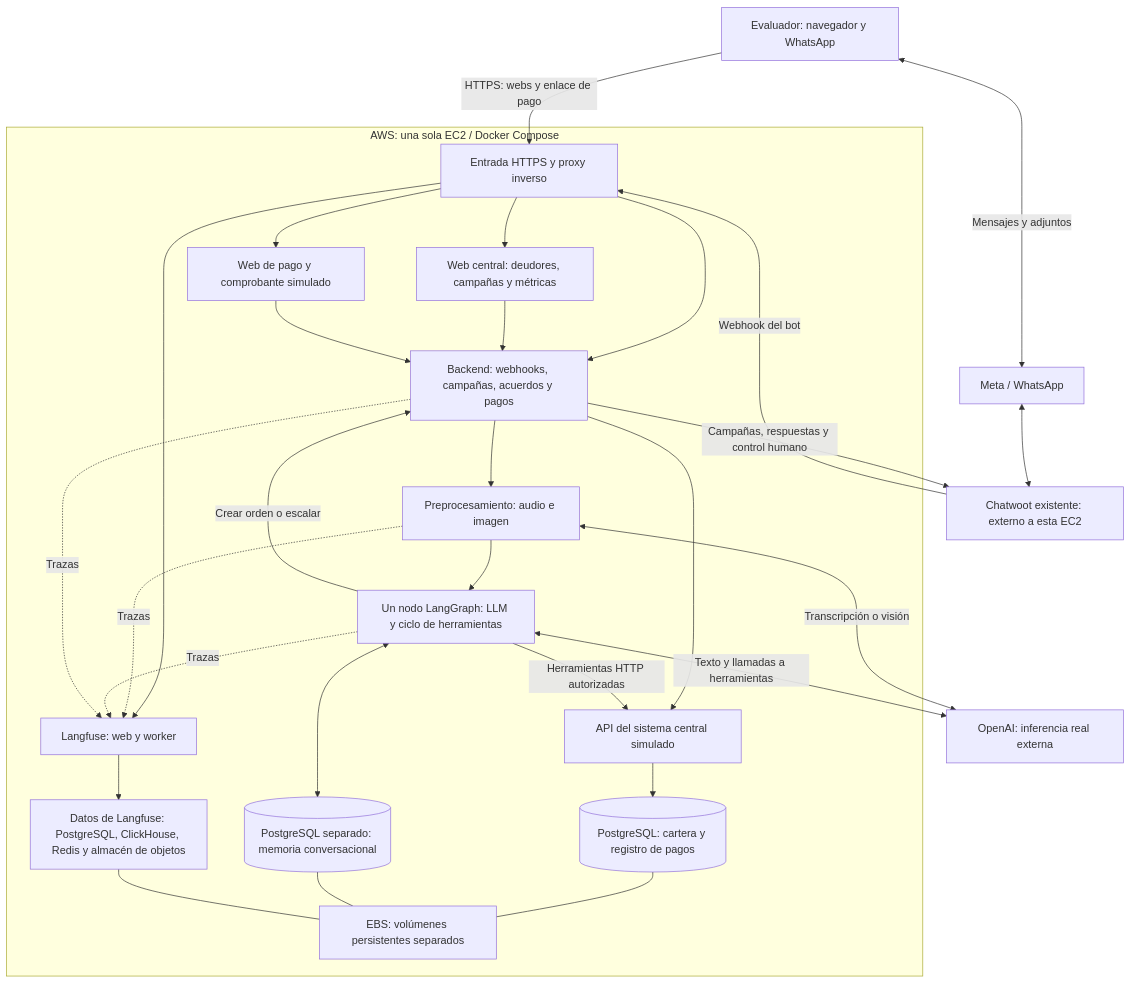
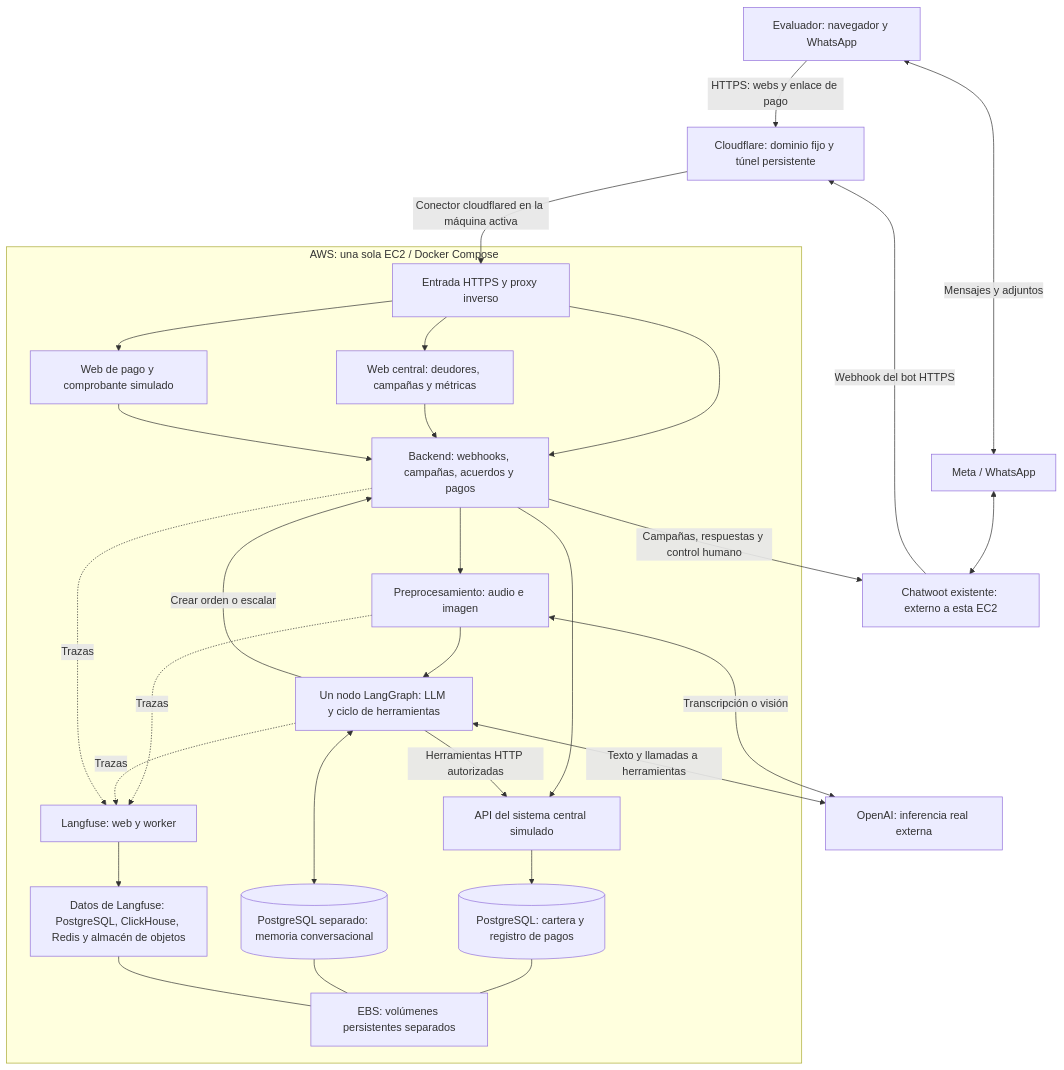
One commit to cristiandrangel/proyecto-agil changed the first of 2 diagrams in specs/arquitectura-inicial.md. Above: the diagram before and after it, drawn with Mermaid. The commit also changed other lines of this file and 6 other files, not shown here.

Commit message:
docs: planifica dominio fijo con Cloudflare Tunnel

````diff
--- a/specs/arquitectura-inicial.md
+++ b/specs/arquitectura-inicial.md
@@ -11,51 +11,52 @@
 ```mermaid
 flowchart TB
     USER["Evaluador: navegador y WhatsApp"]
     META["Meta / WhatsApp"]
     CHAT["Chatwoot existente: externo a esta EC2"]
     LLM["OpenAI: inferencia real externa"]
 
     subgraph HOST["AWS: una sola EC2 / Docker Compose"]
         PROXY["Entrada HTTPS y proxy inverso"]
         WEB["Web central: deudores, campañas y métricas"]
         PAYWEB["Web de pago y comprobante simulado"]
         BACK["Backend: webhooks, campañas, acuerdos y pagos"]
         PRE["Preprocesamiento: audio e imagen"]
         AGENT["Un nodo LangGraph: LLM y ciclo de herramientas"]
         CENTRAL["API del sistema central simulado"]
         DEBT[("PostgreSQL: cartera y registro de pagos")]
         MEMORY[("PostgreSQL separado: memoria conversacional")]
         LF["Langfuse: web y worker"]
         LFSTORE["Datos de Langfuse: PostgreSQL, ClickHouse, Redis y almacén de objetos"]
         DISK["EBS: volúmenes persistentes separados"]
 
         PROXY --> WEB
         PROXY --> PAYWEB
         PROXY --> BACK
-        PROXY --> LF
         WEB --> BACK
         BACK --> CENTRAL
         PAYWEB --> BACK
         CENTRAL --> DEBT
         BACK --> PRE
         PRE --> AGENT
         AGENT <--> MEMORY
         AGENT -->|"Herramientas HTTP autorizadas"| CENTRAL
         AGENT -->|"Crear orden o escalar"| BACK
         PRE -.->|"Trazas"| LF
         AGENT -.->|"Trazas"| LF
         BACK -.->|"Trazas"| LF
         LF --> LFSTORE
         DEBT --- DISK
         MEMORY --- DISK
         LFSTORE --- DISK
     end
 
-    USER -->|"HTTPS: webs y enlace de pago"| PROXY
+    EDGE["Cloudflare: dominio fijo y túnel persistente"]
+    USER -->|"HTTPS: webs y enlace de pago"| EDGE
+    EDGE -->|"Conector cloudflared en la máquina activa"| PROXY
     USER <-->|"Mensajes y adjuntos"| META
     META <--> CHAT
-    CHAT -->|"Webhook del bot"| PROXY
+    CHAT -->|"Webhook del bot HTTPS"| EDGE
     BACK -->|"Campañas, respuestas y control humano"| CHAT
     PRE <-->|"Transcripción o visión"| LLM
     AGENT <-->|"Texto y llamadas a herramientas"| LLM
 ```
````
